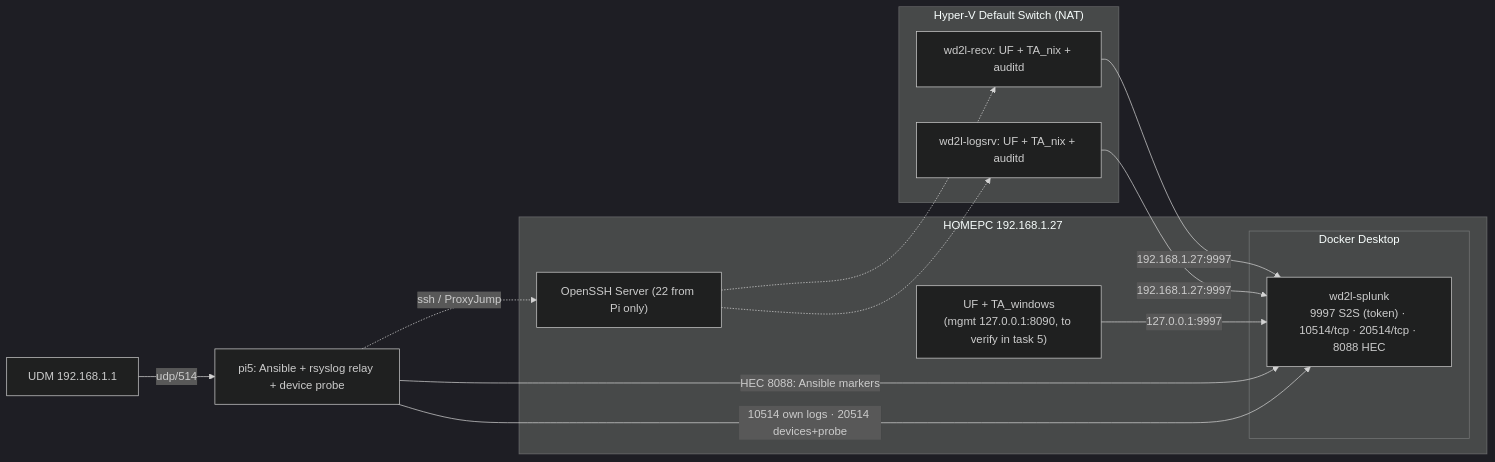
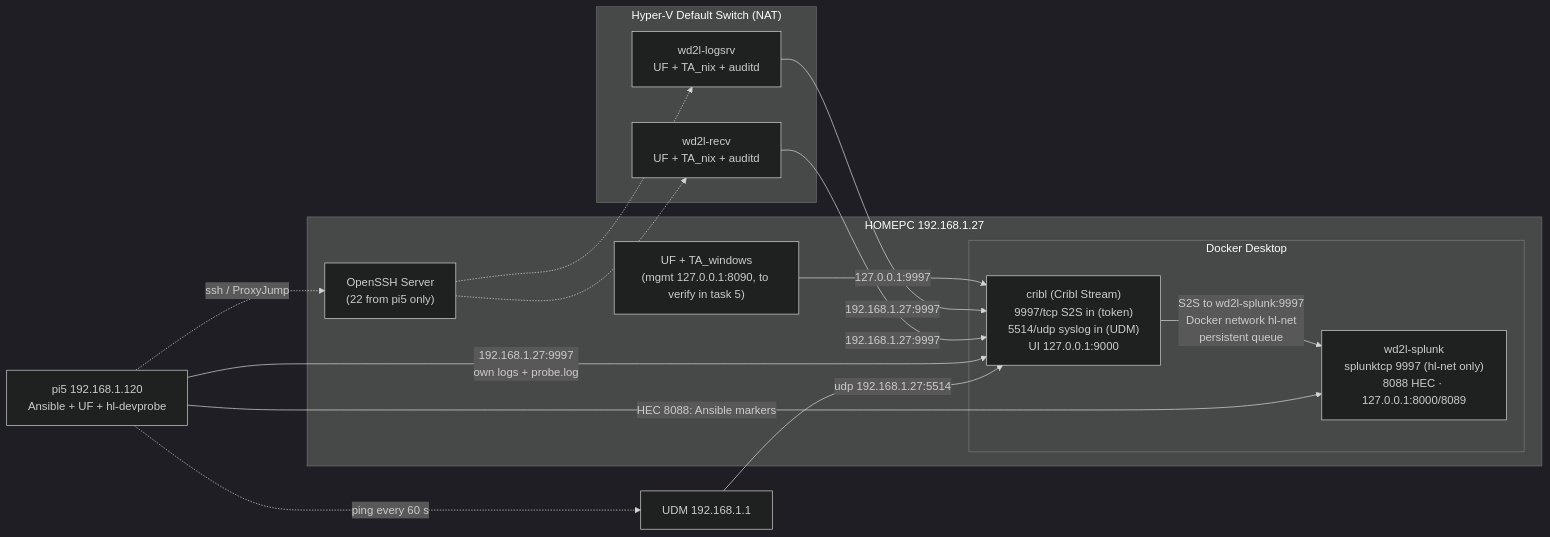
One commit to JoeHazurmoney/homelab-splunk-missing-source changed the first of 2 diagrams in docs/specs/2026-10-30-design.md. Above: the diagram before and after it, drawn with Mermaid (dark theme). The commit also changed other lines of this file and 1 other file, not shown here.

First line of the commit message:
docs(spec): Cribl Stream in the data path (#27)

````diff
--- a/docs/specs/2026-10-30-design.md
+++ b/docs/specs/2026-10-30-design.md
@@ -38,22 +46,29 @@
 ```mermaid
 flowchart LR
   subgraph PC["HOMEPC 192.168.1.27"]
-    WUF["UF + TA_windows\n(mgmt 127.0.0.1:8090, to verify in task 5)"]
+    WUF["UF + TA_windows<br/>(mgmt 127.0.0.1:8090, to verify in task 5)"]
     subgraph DD["Docker Desktop"]
-      SPL["wd2l-splunk\n9997 S2S (token) · 10514/tcp · 20514/tcp · 8088 HEC"]
+      CRIBL["cribl (Cribl Stream)<br/>9997/tcp S2S in (token)<br/>5514/udp syslog in (UDM)<br/>UI 127.0.0.1:9000"]
+      SPL["wd2l-splunk<br/>splunktcp 9997 (hl-net only)<br/>8088 HEC · 127.0.0.1:8000/8089"]
+      CRIBL -->|"S2S to wd2l-splunk:9997<br/>Docker network hl-net<br/>persistent queue"| SPL
     end
-    SSHD["OpenSSH Server (22 from Pi only)"]
+    SSHD["OpenSSH Server<br/>(22 from pi5 only)"]
   end
   subgraph HV["Hyper-V Default Switch (NAT)"]
-    L["wd2l-logsrv: UF + TA_nix + auditd"]
-    R["wd2l-recv: UF + TA_nix + auditd"]
+    L["wd2l-logsrv<br/>UF + TA_nix + auditd"]
+    R["wd2l-recv<br/>UF + TA_nix + auditd"]
   end
-  PI["pi5: Ansible + rsyslog relay + device probe"]
+  PI["pi5 192.168.1.120<br/>Ansible + UF + hl-devprobe"]
   UDM["UDM 192.168.1.1"]
-  WUF -->|127.0.0.1:9997| SPL
-  L & R -->|192.168.1.27:9997| SPL
-  UDM -->|udp/514| PI
-  PI -->|10514 own logs · 20514 devices+probe| SPL
-  PI -->|HEC 8088: Ansible markers| SPL
-  PI -. ssh / ProxyJump .-> SSHD -.-> L & R
+
+  WUF -->|"127.0.0.1:9997"| CRIBL
+  L -->|"192.168.1.27:9997"| CRIBL
+  R -->|"192.168.1.27:9997"| CRIBL
+  PI -->|"192.168.1.27:9997<br/>own logs + probe.log"| CRIBL
+  UDM -->|"udp 192.168.1.27:5514"| CRIBL
+  PI -->|"HEC 8088: Ansible markers"| SPL
+  PI -. "ping every 60 s" .-> UDM
+  PI -. "ssh / ProxyJump" .-> SSHD
+  SSHD -.-> L
+  SSHD -.-> R
 ```
````
